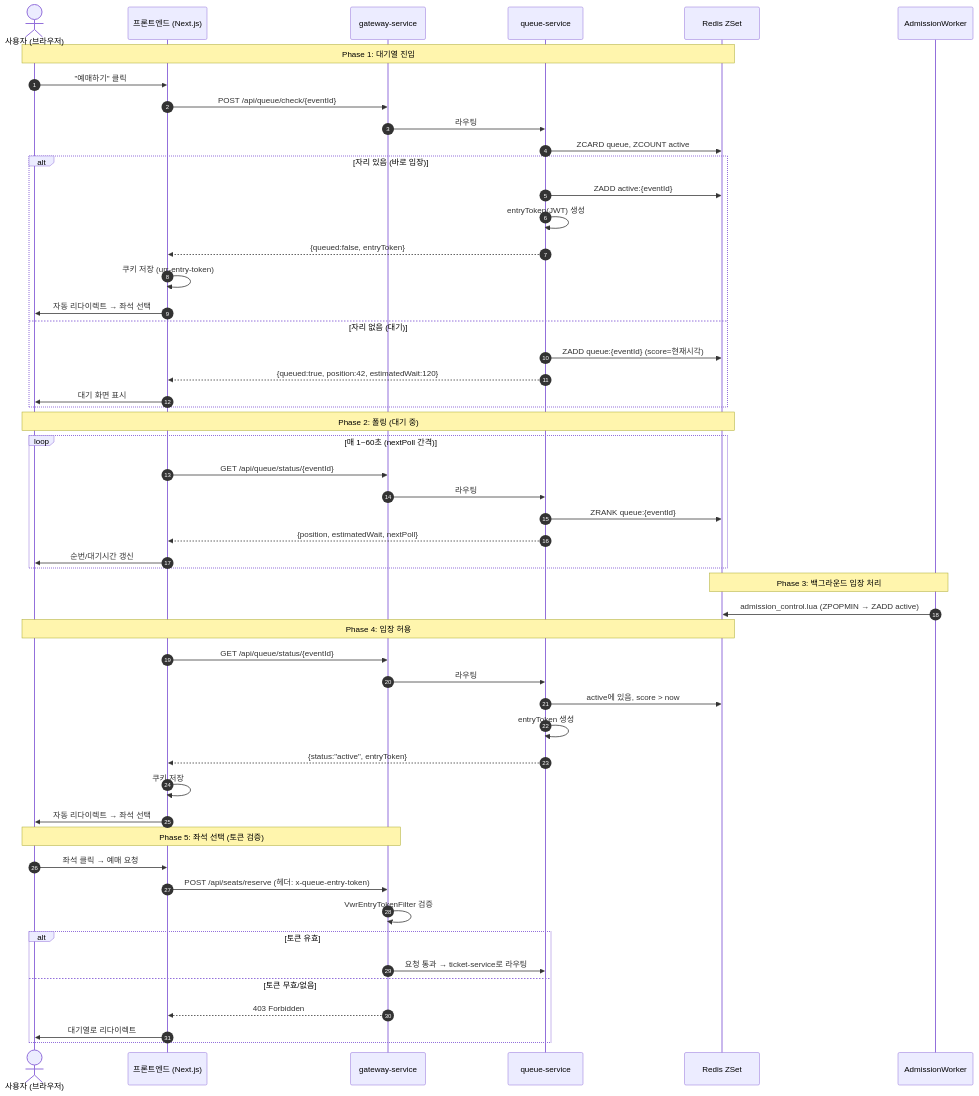
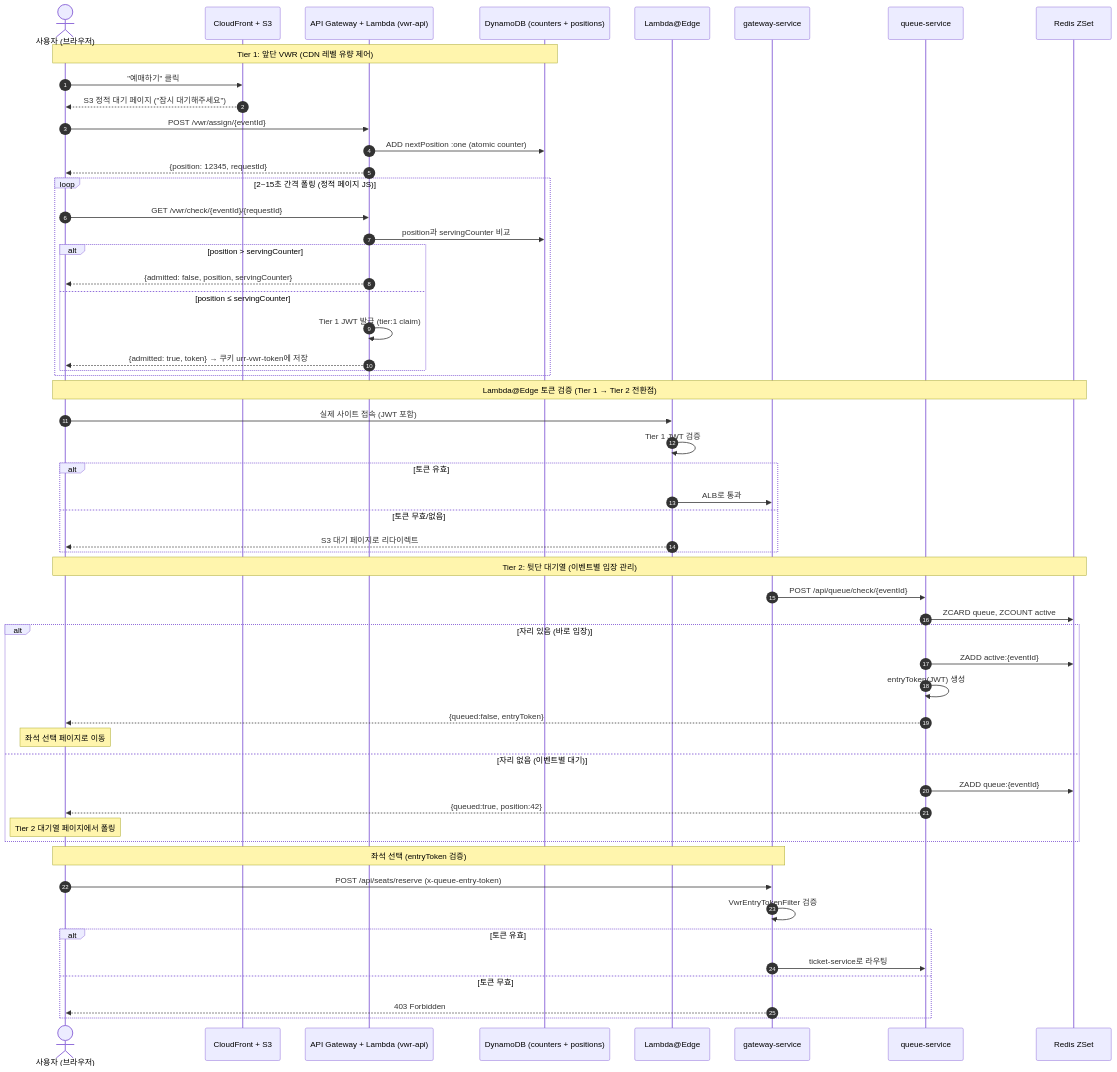
Before and after one commit to cchriscode/URR: the first of 5 diagrams in docs/check8.md, drawn with Mermaid. The commit also changed other lines of this file and 32 other files, not shown here.

````diff
--- a/docs/check8.md
+++ b/docs/check8.md
@@ -463,59 +641,62 @@
 ```mermaid
 sequenceDiagram
   autonumber
   actor U as 사용자 (브라우저)
-  participant FE as 프론트엔드 (Next.js)
+  participant CF as CloudFront + S3
+  participant AG as API Gateway + Lambda (vwr-api)
+  participant DB as DynamoDB (counters + positions)
+  participant LE as Lambda@Edge
   participant GW as gateway-service
   participant Q as queue-service
   participant R as Redis ZSet
-  participant W as AdmissionWorker
 
-  Note over U,R: Phase 1: 대기열 진입
-  U->>FE: "예매하기" 클릭
-  FE->>GW: POST /api/queue/check/{eventId}
-  GW->>Q: 라우팅
+  Note over U,DB: Tier 1: 앞단 VWR (CDN 레벨 유량 제어)
+  U->>CF: "예매하기" 클릭
+  CF-->>U: S3 정적 대기 페이지 ("잠시 대기해주세요")
+  U->>AG: POST /vwr/assign/{eventId}
+  AG->>DB: ADD nextPosition :one (atomic counter)
+  AG-->>U: {position: 12345, requestId}
+
+  loop 2~15초 간격 폴링 (정적 페이지 JS)
+    U->>AG: GET /vwr/check/{eventId}/{requestId}
+    AG->>DB: position과 servingCounter 비교
+    alt position > servingCounter
+      AG-->>U: {admitted: false, position, servingCounter}
+    else position ≤ servingCounter
+      AG->>AG: Tier 1 JWT 발급 (tier:1 claim)
+      AG-->>U: {admitted: true, token} → 쿠키 urr-vwr-token에 저장
+    end
+  end
+
+  Note over U,R: Lambda@Edge 토큰 검증 (Tier 1 → Tier 2 전환점)
+  U->>LE: 실제 사이트 접속 (JWT 포함)
+  LE->>LE: Tier 1 JWT 검증
+  alt 토큰 유효
+    LE->>GW: ALB로 통과
+  else 토큰 무효/없음
+    LE-->>U: S3 대기 페이지로 리다이렉트
+  end
+
+  Note over U,R: Tier 2: 뒷단 대기열 (이벤트별 입장 관리)
+  GW->>Q: POST /api/queue/check/{eventId}
   Q->>R: ZCARD queue, ZCOUNT active
   alt 자리 있음 (바로 입장)
     Q->>R: ZADD active:{eventId}
     Q->>Q: entryToken(JWT) 생성
-    Q-->>FE: {queued:false, entryToken}
-    FE->>FE: 쿠키 저장 (urr-entry-token)
-    FE->>U: 자동 리다이렉트 → 좌석 선택
-  else 자리 없음 (대기)
-    Q->>R: ZADD queue:{eventId} (score=현재시각)
-    Q-->>FE: {queued:true, position:42, estimatedWait:120}
-    FE->>U: 대기 화면 표시
+    Q-->>U: {queued:false, entryToken}
+    Note over U: 좌석 선택 페이지로 이동
+  else 자리 없음 (이벤트별 대기)
+    Q->>R: ZADD queue:{eventId}
+    Q-->>U: {queued:true, position:42}
+    Note over U: Tier 2 대기열 페이지에서 폴링
   end
 
-  Note over U,R: Phase 2: 폴링 (대기 중)
-  loop 매 1~60초 (nextPoll 간격)
-    FE->>GW: GET /api/queue/status/{eventId}
-    GW->>Q: 라우팅
-    Q->>R: ZRANK queue:{eventId}
-    Q-->>FE: {position, estimatedWait, nextPoll}
-    FE->>U: 순번/대기시간 갱신
-  end
-
-  Note over W,R: Phase 3: 백그라운드 입장 처리
-  W->>R: admission_control.lua (ZPOPMIN → ZADD active)
-
-  Note over U,R: Phase 4: 입장 허용
-  FE->>GW: GET /api/queue/status/{eventId}
-  GW->>Q: 라우팅
-  Q->>R: active에 있음, score > now
-  Q->>Q: entryToken 생성
-  Q-->>FE: {status:"active", entryToken}
-  FE->>FE: 쿠키 저장
-  FE->>U: 자동 리다이렉트 → 좌석 선택
-
-  Note over U,GW: Phase 5: 좌석 선택 (토큰 검증)
-  U->>FE: 좌석 클릭 → 예매 요청
-  FE->>GW: POST /api/seats/reserve (헤더: x-queue-entry-token)
+  Note over U,GW: 좌석 선택 (entryToken 검증)
+  U->>GW: POST /api/seats/reserve (x-queue-entry-token)
   GW->>GW: VwrEntryTokenFilter 검증
   alt 토큰 유효
-    GW->>Q: 요청 통과 → ticket-service로 라우팅
-  else 토큰 무효/없음
-    GW-->>FE: 403 Forbidden
-    FE->>U: 대기열로 리다이렉트
+    GW->>Q: ticket-service로 라우팅
+  else 토큰 무효
+    GW-->>U: 403 Forbidden
   end
 ```
````
